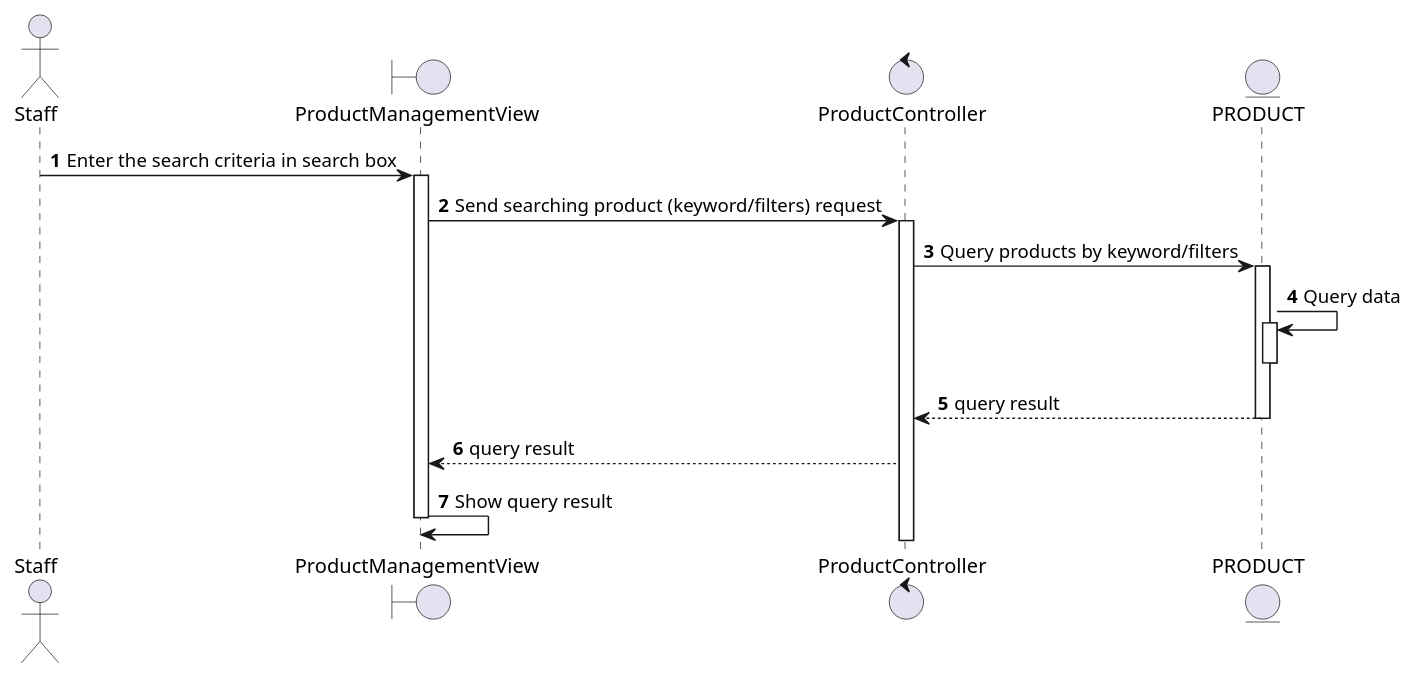
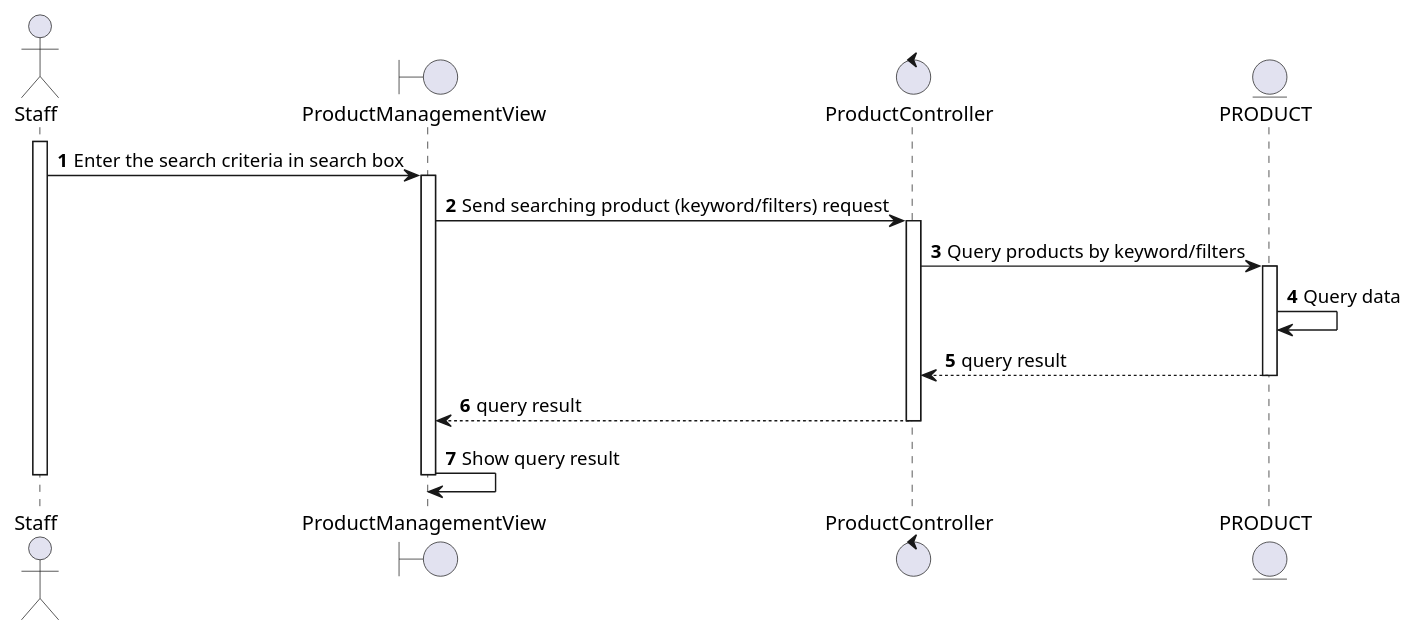
Before and after one commit to electricilies/electricilies.github.io: the diagram in docs/docs/sequence/manage-product/search-product.md, drawn with PlantUML. The commit also changed other lines of this file and 22 other files, not shown here.

````diff
--- a/docs/docs/sequence/manage-product/search-product.md
+++ b/docs/docs/sequence/manage-product/search-product.md
@@ -3,26 +3,27 @@
 ```plantuml
 @startuml
 autonumber
 
 actor Staff as S
 boundary ProductManagementView as PMV
 control ProductController as PC
 entity PRODUCT as P
 
+activate S
 S -> PMV: Enter the search criteria in search box
 activate PMV
 PMV -> PC: Send searching product (keyword/filters) request
 activate PC
 PC -> P: Query products by keyword/filters
 activate P
 P -> P: Query data
-activate P
-deactivate P
 PC <-- P: query result
 deactivate P
 PMV <-- PC: query result
+deactivate PC
 PMV -> PMV: Show query result
 deactivate PMV
+deactivate S
 
 @enduml
 ```
````
